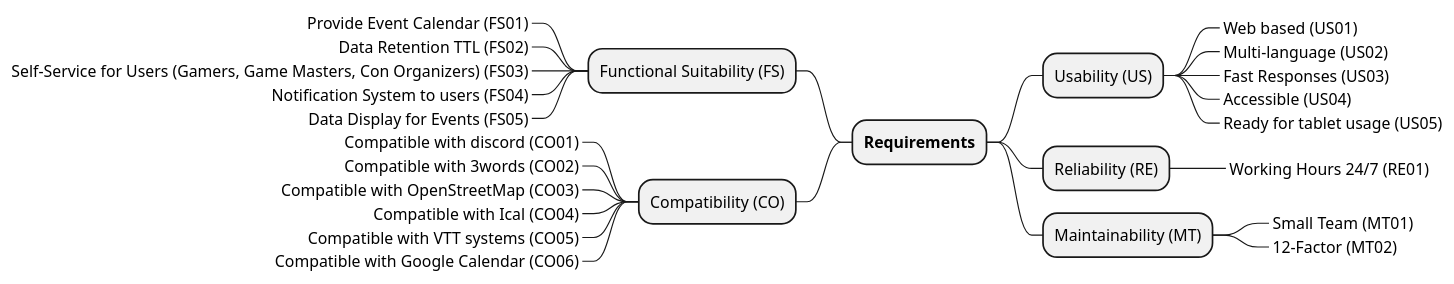
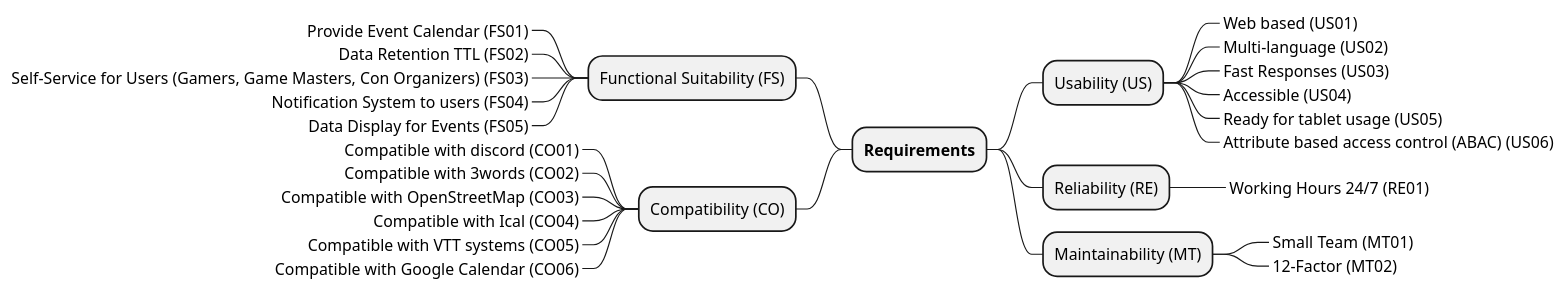
One commit to Paladins-Inn/rollenspiel-cons changed the diagram in docs/modules/arc42/pages/10_quality_requirements.adoc. Above: the diagram before and after it, drawn with PlantUML. The commit also changed other lines of this file and 19 other files, not shown here.

```diff
--- a/docs/modules/arc42/pages/10_quality_requirements.adoc
+++ b/docs/modules/arc42/pages/10_quality_requirements.adoc
@@ -39,31 +39,32 @@
 [plantuml,quality-tree,svg]
 ----
 @startmindmap
 + **Requirements**
 -- Functional Suitability (FS)
 ---_ Provide Event Calendar (FS01)
 ---_ Data Retention TTL (FS02)
 ---_ Self-Service for Users (Gamers, Game Masters, Con Organizers) (FS03)
 ---_ Notification System to users (FS04)
 ---_ Data Display for Events (FS05)
 -- Compatibility (CO)
 ---_ Compatible with discord (CO01)
 ---_ Compatible with 3words (CO02)
 ---_ Compatible with OpenStreetMap (CO03)
 ---_ Compatible with Ical (CO04)
 ---_ Compatible with VTT systems (CO05)
 ---_ Compatible with Google Calendar (CO06)
 
 ++ Usability (US)
 +++_ Web based (US01)
 +++_ Multi-language (US02)
 +++_ Fast Responses (US03)
 +++_ Accessible (US04)
 +++_ Ready for tablet usage (US05)
++++_ Attribute based access control (ABAC) (US06)
 ++ Reliability (RE)
 +++_ Working Hours 24/7 (RE01)
 ++ Maintainability (MT)
 +++_ Small Team (MT01)
 +++_ 12-Factor (MT02)
 @endmindmap
 ----
```
